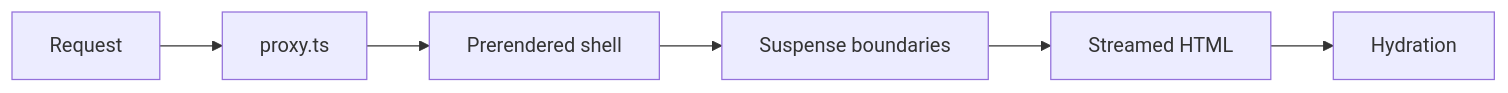
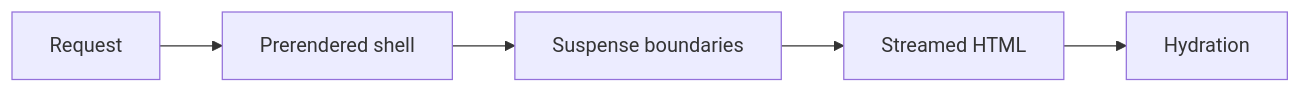
The sixth of 14 diagrams in docs/03-rendering-and-data-flow.md (erikunha/portfolio), drawn with Mermaid before and after one commit. The commit also changed other lines of this file and 31 other files, not shown here.

````diff
--- a/docs/03-rendering-and-data-flow.md
+++ b/docs/03-rendering-and-data-flow.md
@@ -119,4 +119,4 @@
 ```mermaid
 flowchart LR
-    req["Request"] --> px["proxy.ts"] --> shell["Prerendered shell"] --> susp["Suspense boundaries"] --> html["Streamed HTML"] --> hydrate["Hydration"]
+    req["Request"] --> shell["Prerendered shell"] --> susp["Suspense boundaries"] --> html["Streamed HTML"] --> hydrate["Hydration"]
 ```
````
